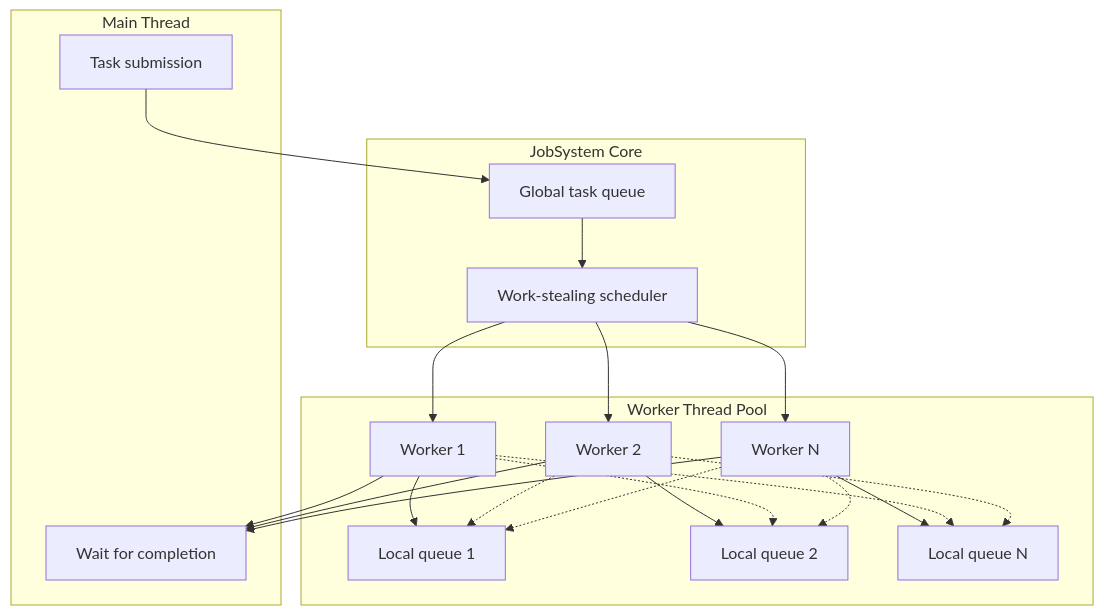
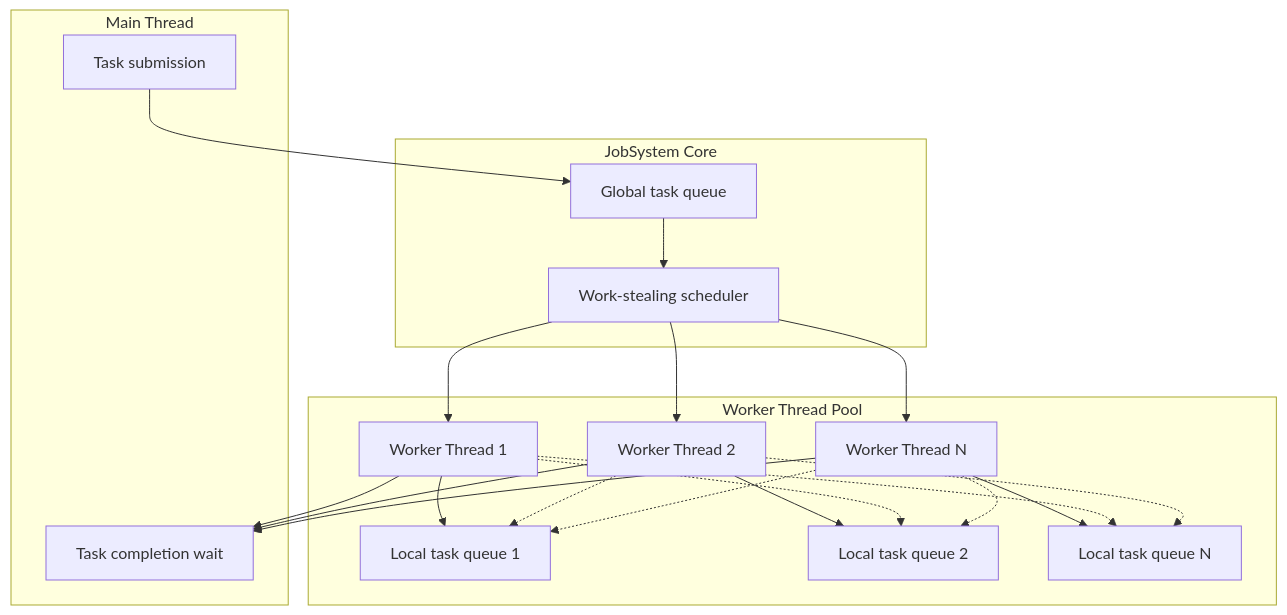
One commit to NGLSG/Luma changed diagram 11 of 12 in ARCHITECTURE_EN.md. Above: the diagram before and after it, drawn with Mermaid. The commit also changed other lines of this file and 61 other files, not shown here.

````diff
--- a/ARCHITECTURE_EN.md
+++ b/ARCHITECTURE_EN.md
@@ -256,26 +266,26 @@
 ```mermaid
 graph TD
     subgraph "Main Thread"
         A[Task submission]
-        B[Wait for completion]
+        B[Task completion wait]
     end
 
     subgraph "JobSystem Core"
         C[Global task queue]
         D[Work-stealing scheduler]
     end
 
     subgraph "Worker Thread Pool"
-        E[Worker 1]
-        F[Worker 2]
-        G[Worker N]
-        H[Local queue 1]
-        I[Local queue 2]
-        J[Local queue N]
+        E[Worker Thread 1]
+        F[Worker Thread 2]
+        G[Worker Thread N]
+        H[Local task queue 1]
+        I[Local task queue 2]
+        J[Local task queue N]
     end
 
     A --> C; C --> D; D --> E; D --> F; D --> G;
     E --> H; F --> I; G --> J;
     E -.-> I; E -.-> J; F -.-> H; F -.-> J; G -.-> H; G -.-> I;
     E --> B; F --> B; G --> B
 ```
````
